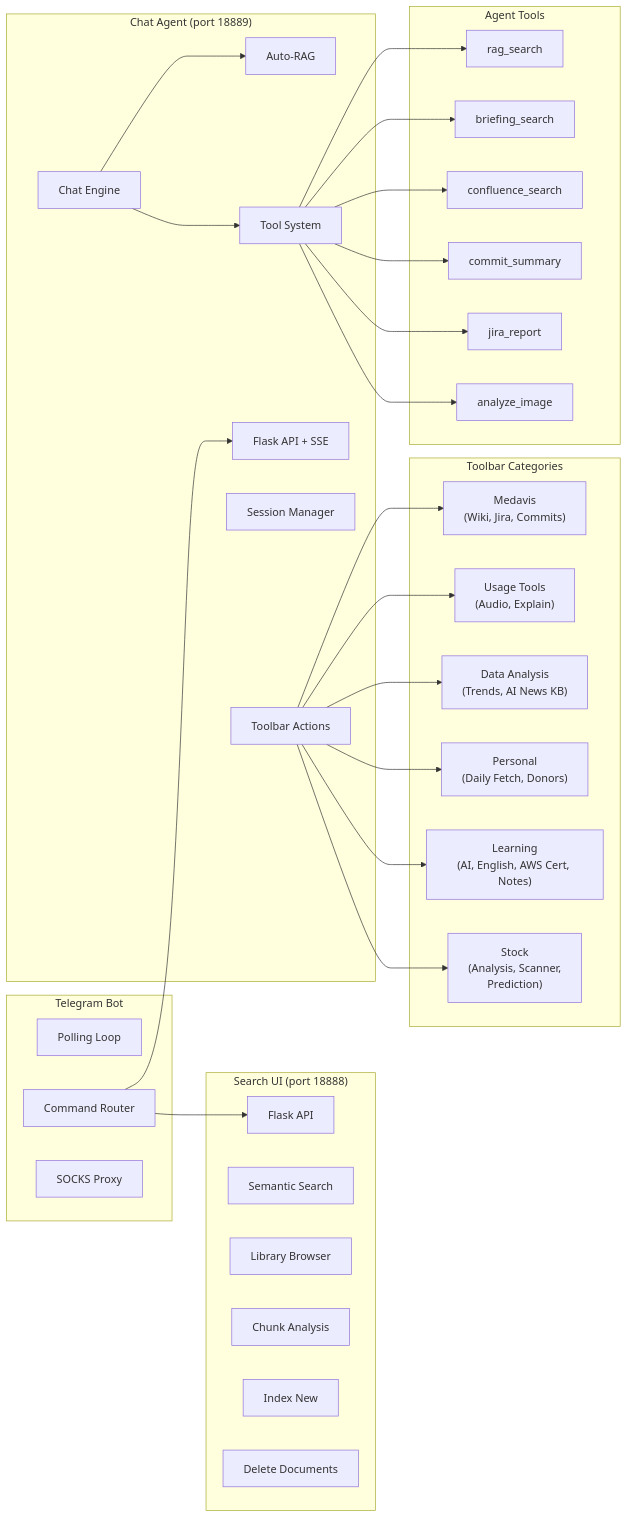
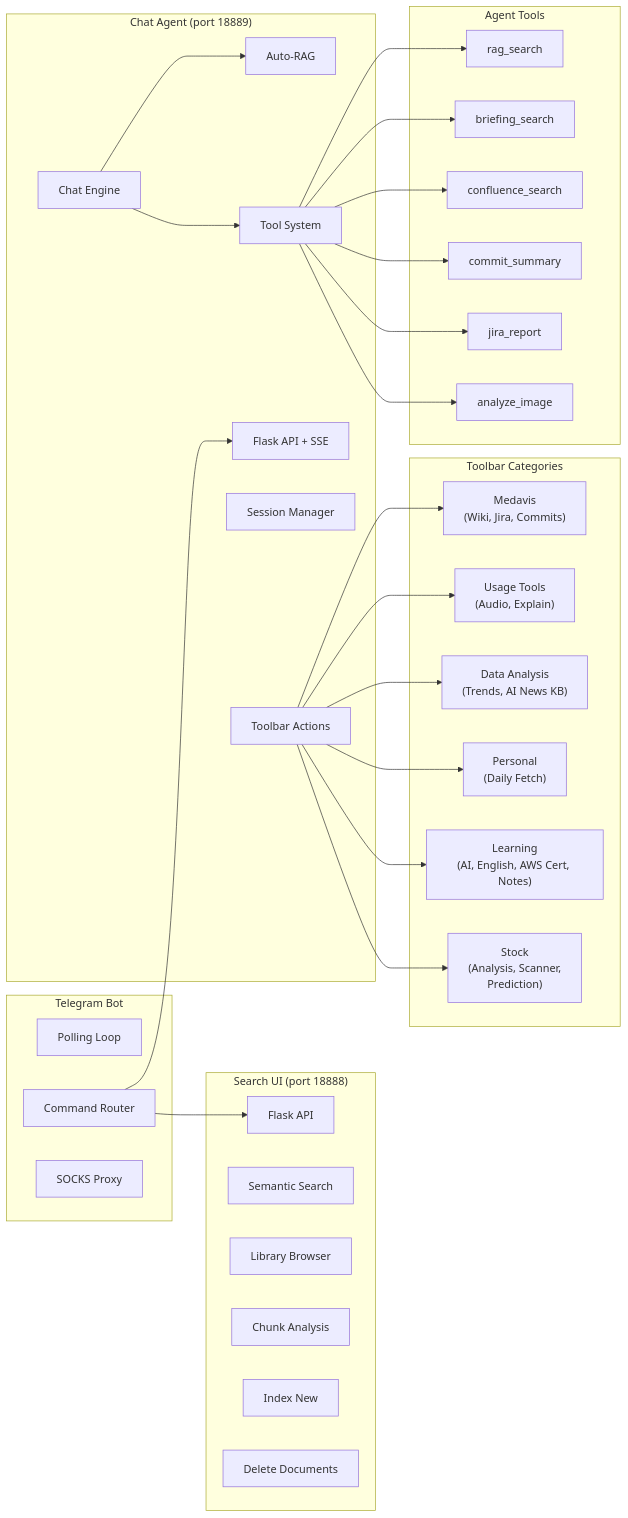
The fifth of 10 diagrams in docs/design/architecture.md (medavisyin/jarvis-yin), drawn with Mermaid before and after one commit. The commit also changed 35 other files, not shown here.

````diff
--- a/docs/design/architecture.md
+++ b/docs/design/architecture.md
@@ -261,62 +261,62 @@
 ```mermaid
 graph LR
     subgraph SearchUI["Search UI (port 18888)"]
         S_API["Flask API"]
         S_Search["Semantic Search"]
         S_Library["Library Browser"]
         S_Chunks["Chunk Analysis"]
         S_Index["Index New"]
         S_Delete["Delete Documents"]
     end
 
     subgraph Agent["Chat Agent (port 18889)"]
         A_API["Flask API + SSE"]
         A_Chat["Chat Engine"]
         A_RAG["Auto-RAG"]
         A_Tools["Tool System"]
         A_Sessions["Session Manager"]
         A_Toolbar["Toolbar Actions"]
     end
 
     subgraph Telegram["Telegram Bot"]
         T_Poll["Polling Loop"]
         T_Cmds["Command Router"]
         T_Proxy["SOCKS Proxy"]
     end
 
     subgraph Tools["Agent Tools"]
         T_RAGSearch["rag_search"]
         T_Brief["briefing_search"]
         T_Wiki["confluence_search"]
         T_Git["commit_summary"]
         T_Jira["jira_report"]
         T_Image["analyze_image"]
     end
 
     subgraph ToolbarGroups["Toolbar Categories"]
         TB_Medavis["Medavis<br/>(Wiki, Jira, Commits)"]
         TB_Usage["Usage Tools<br/>(Audio, Explain)"]
         TB_Data["Data Analysis<br/>(Trends, AI News KB)"]
-        TB_Personal["Personal<br/>(Daily Fetch, Donors)"]
+        TB_Personal["Personal<br/>(Daily Fetch)"]
         TB_Learning["Learning<br/>(AI, English, AWS Cert, Notes)"]
         TB_Stock["Stock<br/>(Analysis, Scanner,<br/>Prediction)"]
     end
 
     A_Chat --> A_RAG
     A_Chat --> A_Tools
     A_Tools --> T_RAGSearch
     A_Tools --> T_Brief
     A_Tools --> T_Wiki
     A_Tools --> T_Git
     A_Tools --> T_Jira
     A_Tools --> T_Image
     A_Toolbar --> TB_Medavis
     A_Toolbar --> TB_Usage
     A_Toolbar --> TB_Data
     A_Toolbar --> TB_Personal
     A_Toolbar --> TB_Learning
     A_Toolbar --> TB_Stock
 
     T_Cmds --> A_API
     T_Cmds --> S_API
 ```
````
